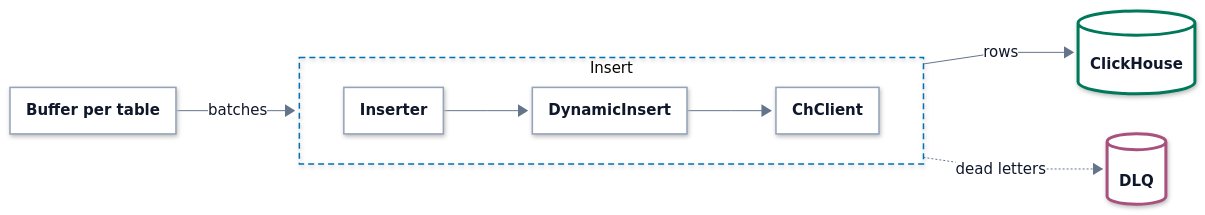
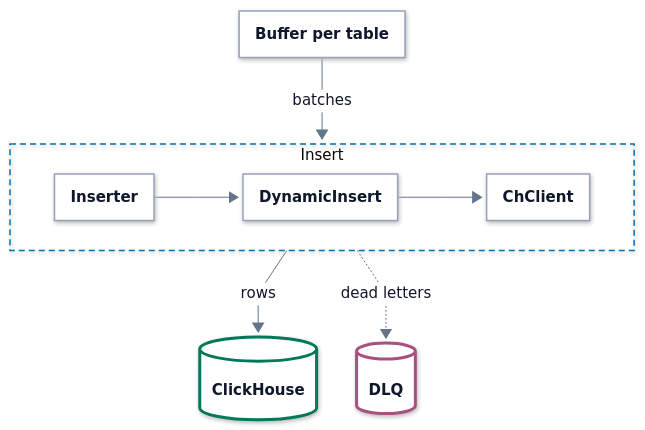
One commit to hyperi-io/dfe-loader changed the first of 3 diagrams in docs/clickhouse/README.md. Above: the diagram before and after it, drawn with Mermaid. The commit also changed other lines of this file and 19 other files, not shown here.

First line of the commit message:
docs(architecture): bring the loader pages to the architecture standard

````diff
--- a/docs/clickhouse/README.md
+++ b/docs/clickhouse/README.md
@@ -19,79 +25,79 @@
 ```mermaid
 ---
 config:
   theme: base
   look: neo
   fontFamily: Inter, -apple-system, Segoe UI, Roboto, Helvetica, Arial, sans-serif
   flowchart:
     curve: linear
     nodeSpacing: 40
     rankSpacing: 64
     padding: 18
     wrappingWidth: 280
     htmlLabels: true
   elk:
     preset: modelOrder
   themeVariables:
     fontSize: 15px
     lineColor: "#64748B"
     primaryTextColor: "#0F172A"
     clusterBorder: "#0072B2"
     edgeLabelBackground: "#FFFFFF"
   themeCSS: >-
     p{margin:0}
     .node[data-look] rect,.node[data-look] path,.node[data-look] polygon,.node[data-look] .outer-path{filter:drop-shadow(0 1px 2px rgba(15,23,42,.10)) drop-shadow(0 6px 14px rgba(15,23,42,.10))}
     .node rect{rx:10px;ry:10px}
     .cluster rect{rx:16px;ry:16px}
     .node .label div{min-width:150px}
     .node.decision .label div{min-width:0}
     .cluster[data-look] rect{filter:none}
     .nodeLabel{line-height:1.35}
     .nodeLabel b{font-weight:600;font-size:15px;letter-spacing:-0.01em}
     .nodeLabel span{font-size:12.5px;font-weight:400;color:#334155}
     .cluster-label span.nodeLabel{display:inline-block;background:#FFFFFF;color:#0B2A3F;border:1.5px solid #0072B2;border-radius:999px;padding:2px 12px;font-size:11.5px;font-weight:700;letter-spacing:.09em;text-transform:uppercase}
     .flowchart-link{stroke-width:1.75px}
     .labelBkg{background:transparent!important}
     span.edgeLabel{display:inline-block;background:#FFFFFF!important;color:#1E293B;border:1px solid #94A3B8;border-radius:999px;padding:2px 10px;font-size:12px;font-weight:500}
     span.edgeLabel p{background:transparent!important}
     .label-icon{width:20px;height:20px;vertical-align:-4px;margin-right:6px}
     .ingest .label-icon{color:#0E8A7D}
     .xform .label-icon{color:#7B4FB0}
     .load .label-icon{color:#0072B2}
     .bus .label-icon{color:#A8517F}
     .store .label-icon{color:#00785A}
     .ui .label-icon{color:#D9480F}
     .ext .label-icon{color:#64748B}
 ---
-flowchart LR
+flowchart TB
     accTitle: L4 Detail -- Insert layer
     accDescr: The per-table buffer hands batches to the insert layer. Inside, the Inserter passes rows to dfe_clickhouse's DynamicInsert, which writes them through the ChClient. Rows land in ClickHouse, and rows ClickHouse refuses for good go to the DLQ.
 
     buffer["<b>Buffer per table</b>"]
 
     subgraph insert["Insert"]
         direction LR
         inserter["<b>Inserter</b>"] --> dynamic["<b>DynamicInsert</b>"] --> chclient["<b>ChClient</b>"]
     end
 
     clickhouse[("<b>ClickHouse</b>")]
     dlq[("<b>DLQ</b>")]
 
     buffer -->|batches| insert
     insert -->|rows| clickhouse
     insert -.->|dead letters| dlq
+  class buffer,inserter,dynamic,chclient part
+  class clickhouse store
+  class dlq bus
   classDef ext fill:#F4F6F8,stroke:#94A3B8,stroke-width:1.5px,stroke-dasharray:5 4,color:#0F172A
   classDef ingest fill:#FFFFFF,stroke:#0E8A7D,stroke-width:3px,color:#0F172A
   classDef xform fill:#FFFFFF,stroke:#7B4FB0,stroke-width:3px,color:#0F172A
   classDef load fill:#FFFFFF,stroke:#0072B2,stroke-width:3px,color:#0F172A
   classDef bus fill:#FFFFFF,stroke:#A8517F,stroke-width:3px,color:#0F172A
   classDef store fill:#FFFFFF,stroke:#00785A,stroke-width:3px,color:#0F172A
   classDef ui fill:#FFFFFF,stroke:#D9480F,stroke-width:3px,color:#0F172A
   classDef decision fill:#FFFFFF,stroke:#9A6700,stroke-width:3px,color:#0F172A
   classDef error fill:#FFFFFF,stroke:#C2410C,stroke-width:3px,color:#0F172A
   classDef control fill:#FFFFFF,stroke:#334155,stroke-width:3px,color:#0F172A
   classDef part fill:#FFFFFF,stroke:#94A3B8,stroke-width:1.5px,color:#0F172A
-  class buffer,inserter,dynamic,chclient part
-  class clickhouse store
-  class dlq bus
   style insert fill:none,stroke:#0072B2,stroke-width:1.5px,stroke-dasharray:6 4
 ```
````
